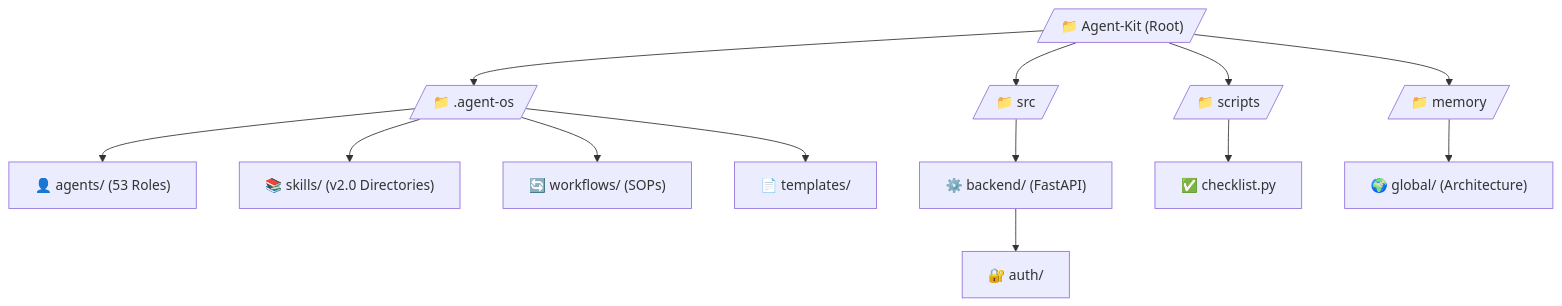
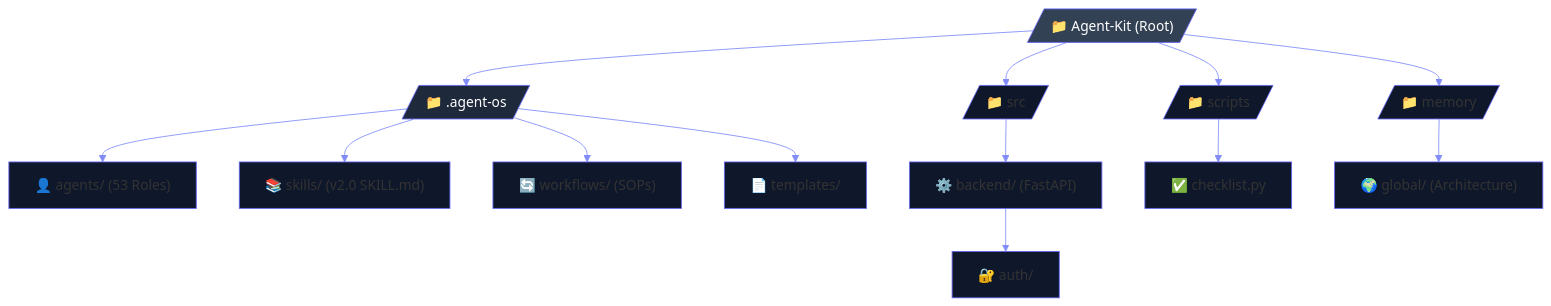
One commit to Ab-aswini/Agent-kit-P1 changed the second of 10 diagrams in README.md. Above: the diagram before and after it, drawn with Mermaid. The commit also changed other lines of this file, not shown here.

Commit message:
docs: premium README polishing with 10/10 aesthetics, high-impact alerts, and unified Mermaid themes

````diff
--- a/README.md
+++ b/README.md
@@ -93,19 +118,23 @@
 ```mermaid
+%%{init: {'theme': 'base', 'themeVariables': { 'mainBkg': '#0f172a', 'nodeBorder': '#6366F1', 'lineColor': '#818cf8' }}}%%
 graph TD
   Root[/"📁 Agent-Kit (Root)"/]
   Root --> OS[/"📁 .agent-os"/]
   Root --> SRC[/"📁 src"/]
   Root --> SCRIPTS[/"📁 scripts"/]
   Root --> MEM[/"📁 memory"/]
 
   OS --> AGENTS["👤 agents/ (53 Roles)"]
-  OS --> SKILLS["📚 skills/ (v2.0 Directories)"]
+  OS --> SKILLS["📚 skills/ (v2.0 SKILL.md)"]
   OS --> WF["🔄 workflows/ (SOPs)"]
   OS --> TEMP["📄 templates/"]
 
   SRC --> BE["⚙️ backend/ (FastAPI)"]
   BE --> AUTH["🔐 auth/"]
   
   SCRIPTS --> CHK["✅ checklist.py"]
   MEM --> GLOB["🌍 global/ (Architecture)"]
+
+  style Root fill:#334155,color:#fff
+  style OS fill:#1e293b,color:#fff
 ```
````
